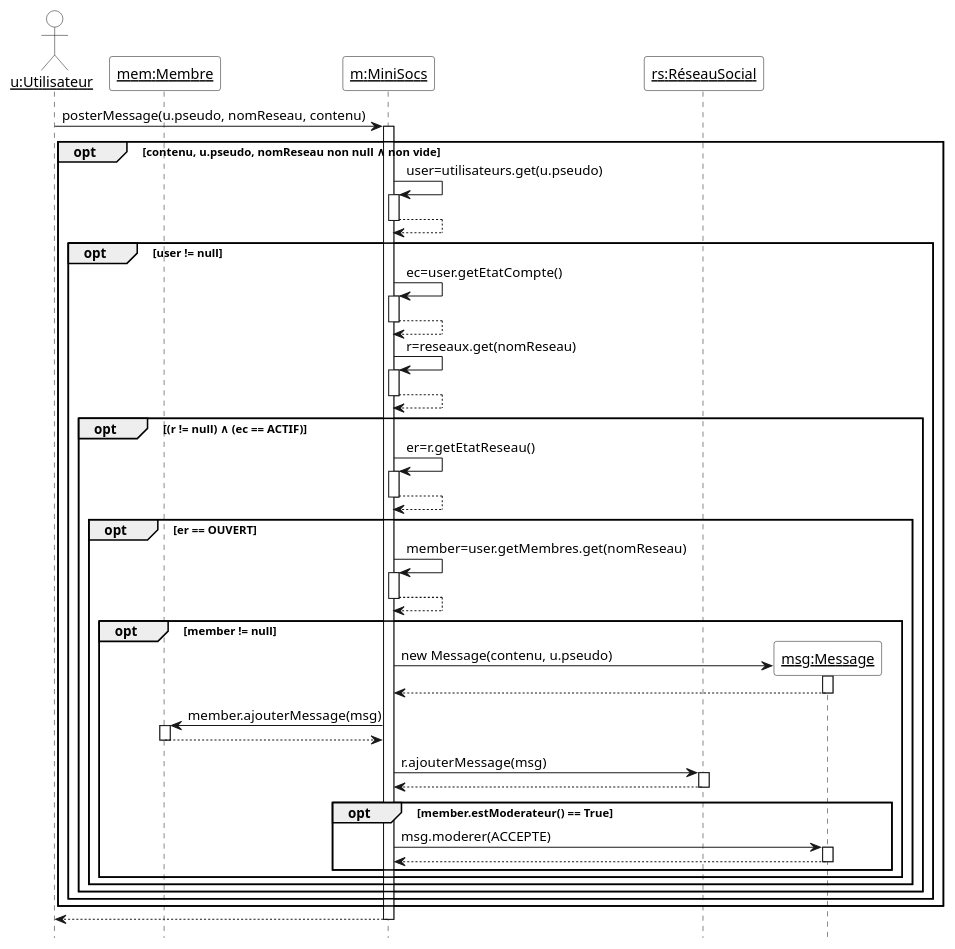
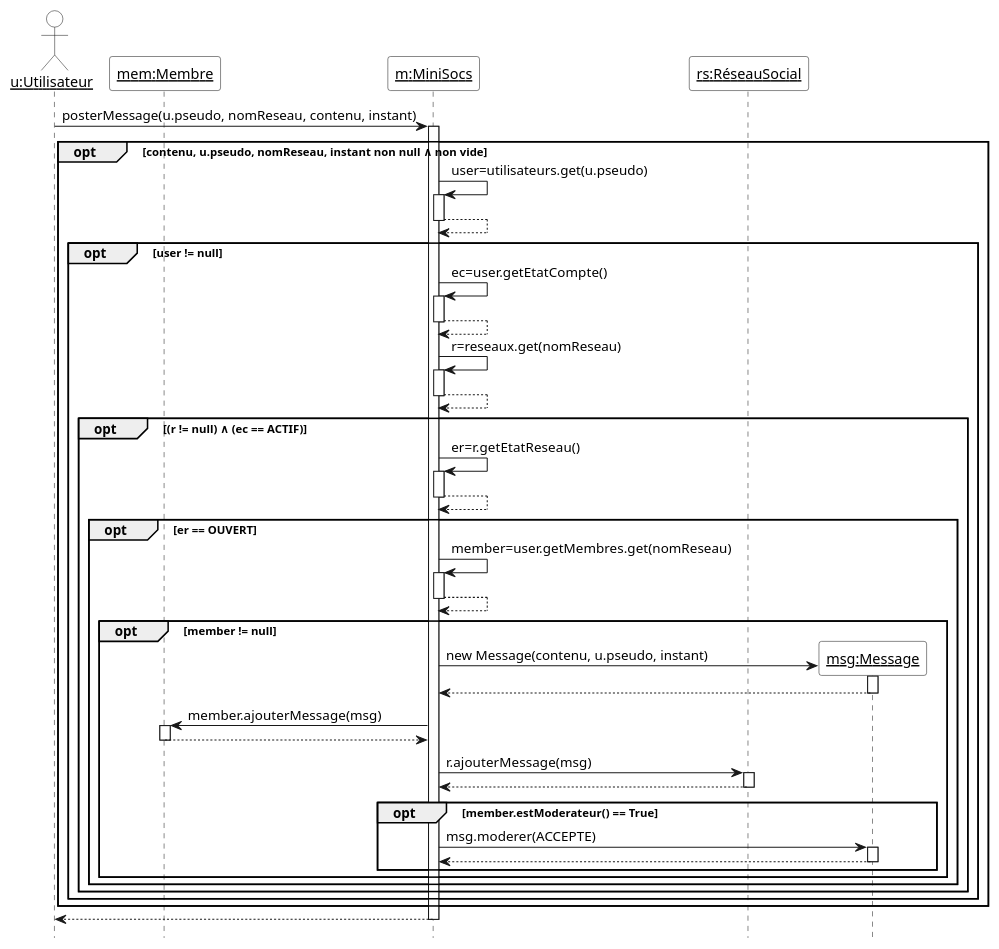
One commit to ThELud0/Minisocs changed the diagram in Diagrammes/minisocs_uml_diag_seq_poster_message.pu. Above: the diagram before and after it, drawn with PlantUML. The commit also changed 3 other files, not shown here.

Commit message:
minor bug et diagrammde de sequence poster message

```diff
--- a/Diagrammes/minisocs_uml_diag_seq_poster_message.pu
+++ b/Diagrammes/minisocs_uml_diag_seq_poster_message.pu
@@ -1,58 +1,58 @@
 @startuml
 
 'Diagramme de séquence (PlantUML)'
 
 'Configuration charte graphique'
 hide footbox
 skinparam sequenceParticipantBackgroundColor White
 skinparam sequenceActorBackgroundColor White
 
 'Déclaration des acteurs et des participants (déjà existants avant la séquence)'
 
 actor "__u:Utilisateur__" as u
 participant "__mem:Membre__" as mem
 participant "__m:MiniSocs__" as m
 participant "__rs:RéseauSocial__" as rs
 
 'Séquence avec les messages, les créations de participants, etc.'
 
-u -> m ++ : posterMessage(u.pseudo, nomReseau, contenu)
-opt contenu, u.pseudo, nomReseau non null ∧ non vide
+u -> m ++ : posterMessage(u.pseudo, nomReseau, contenu, instant)
+opt contenu, u.pseudo, nomReseau, instant non null ∧ non vide
 m -> m ++ : user=utilisateurs.get(u.pseudo)
 return
 opt user != null
 m -> m ++ : ec=user.getEtatCompte()
 return
 m -> m ++ : r=reseaux.get(nomReseau)
 return
 opt (r != null) ∧ (ec == ACTIF)
 m -> m ++ : er=r.getEtatReseau()
 return
 opt er == OUVERT
 m -> m ++ : member=user.getMembres.get(nomReseau)
 return
 opt member != null
 create "__msg:Message__" as msg
-m -> msg ++ : new Message(contenu, u.pseudo)
+m -> msg ++ : new Message(contenu, u.pseudo, instant)
 return
 m -> mem ++ : member.ajouterMessage(msg)
 return
 m -> rs ++ : r.ajouterMessage(msg)
 return
 opt member.estModerateur() == True
 m -> msg ++ : msg.moderer(ACCEPTE)
 return
 end
 
 end
 end
 end
 end
 end
 return
 
 
 
 
 
 @enduml
```
